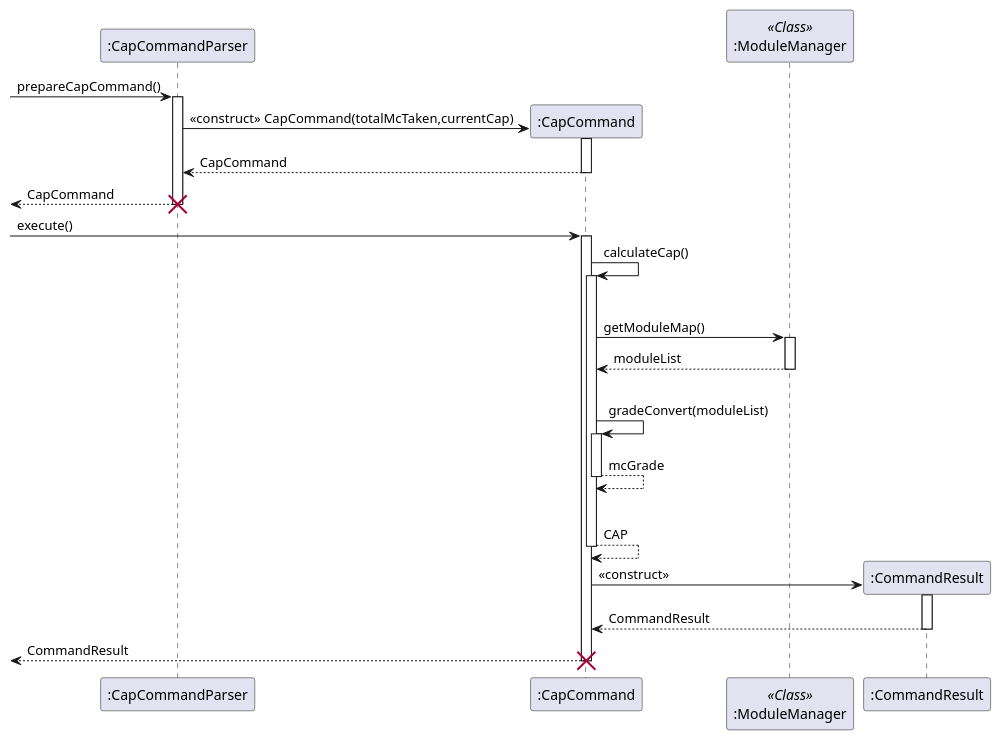
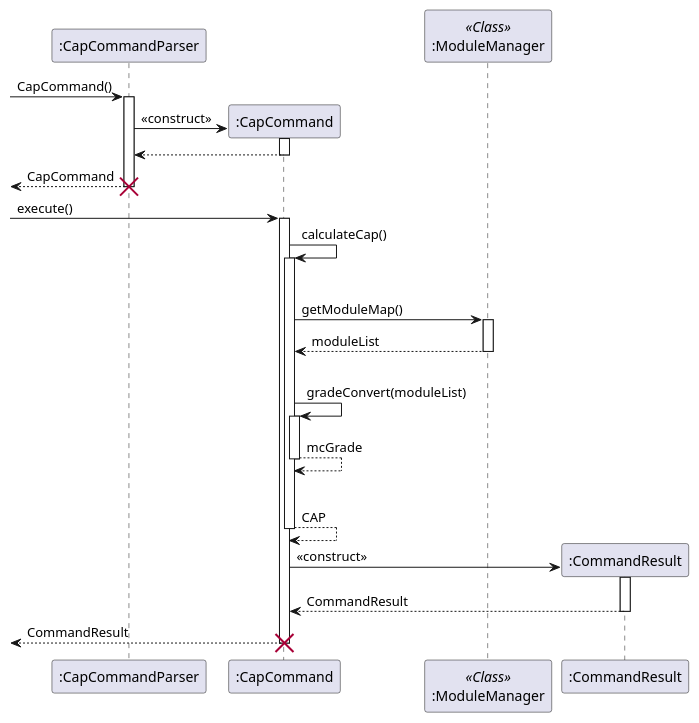
The diagram in docs/diagrams/UML/CapCommandSequenceDiagram.puml (wangqinNick/tp), drawn with PlantUML before and after one commit. The commit also changed 13 other files, not shown here.

```diff
--- a/docs/diagrams/UML/CapCommandSequenceDiagram.puml
+++ b/docs/diagrams/UML/CapCommandSequenceDiagram.puml
@@ -1,25 +1,25 @@
 @startuml
 
--> ":CapCommandParser" ++ : prepareCapCommand()
-    ":CapCommandParser" -> ":CapCommand" ** : <<construct>> CapCommand(totalMcTaken,currentCap)
+-> ":CapCommandParser" ++ : CapCommand()
+    ":CapCommandParser" -> ":CapCommand" ** : <<construct>>
     activate ":CapCommand"
-    return CapCommand
+    return
 <-- ":CapCommandParser" !! : CapCommand
 
 -> ":CapCommand" ++ : execute()
     ":CapCommand" -> ":CapCommand" ++ : calculateCap()
         |||
         participant ":ModuleManager" as MM << Class >>
         ":CapCommand" -> MM ++ : getModuleMap()
         return moduleList
         |||
         ":CapCommand" -> ":CapCommand" ++ : gradeConvert(moduleList)
         return mcGrade
         |||
     return CAP
 
     create ":CommandResult"
     ":CapCommand" -> ":CommandResult" ++ : <<construct>>
     return CommandResult
 <-- ":CapCommand" !! : CommandResult
 @enduml
```
